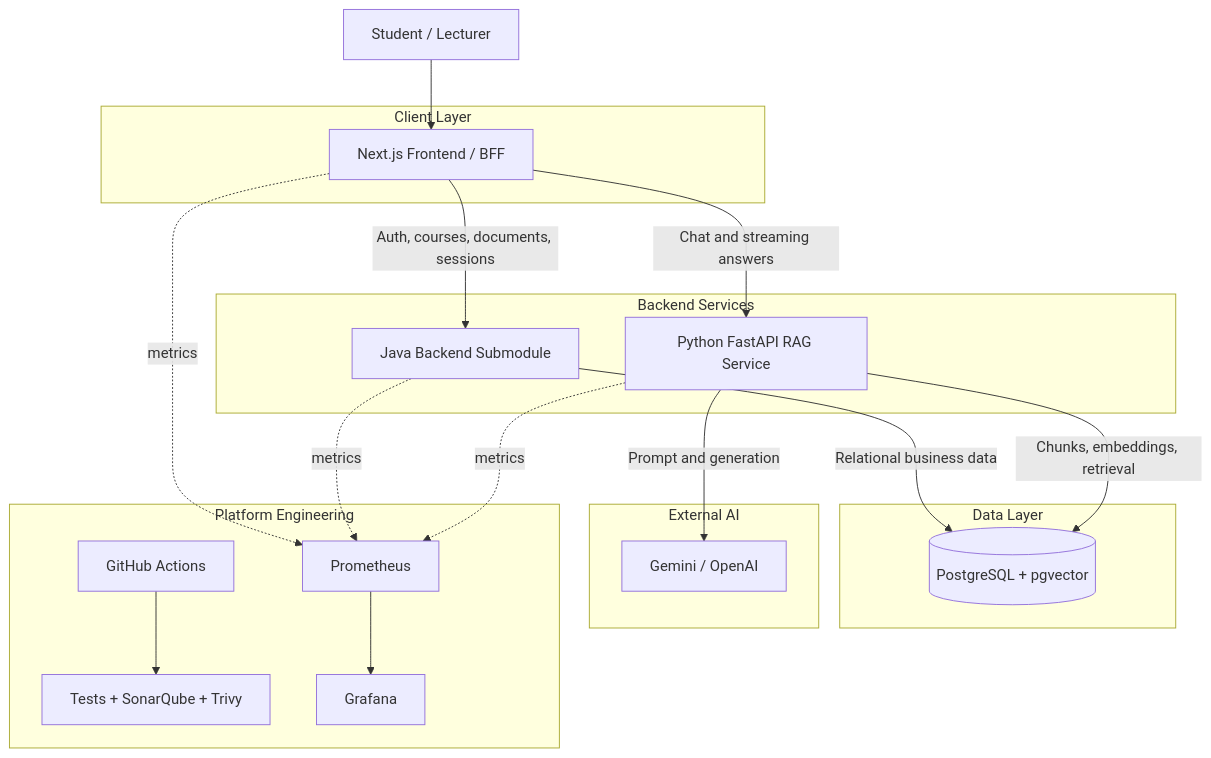
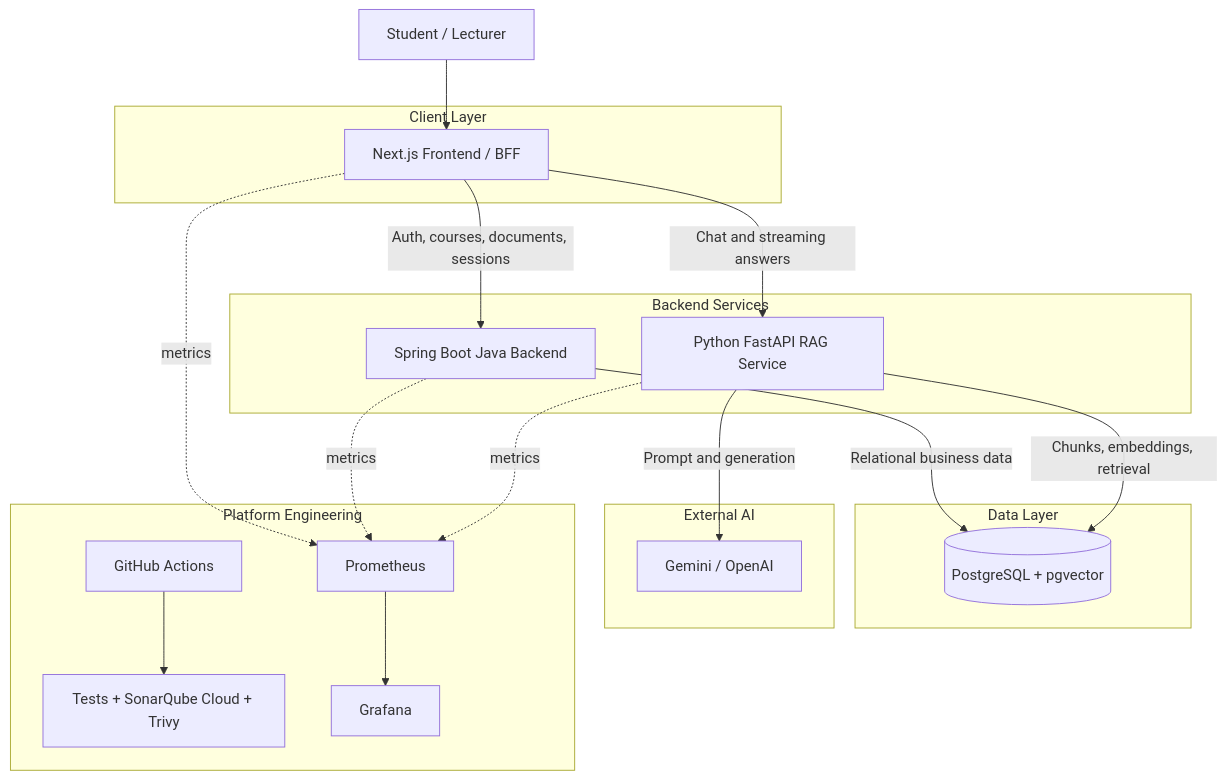
Before and after one commit to NhatNamNQ/SWD392-GROUP6: the second of 6 diagrams in docs/architecture/c4-diagrams.md, drawn with Mermaid. The commit also changed 24 other files, not shown here.

````diff
--- a/docs/architecture/c4-diagrams.md
+++ b/docs/architecture/c4-diagrams.md
@@ -31,40 +31,40 @@
 ```mermaid
 flowchart TD
     User[Student / Lecturer]
 
     subgraph Client["Client Layer"]
         FE[Next.js Frontend / BFF]
     end
 
     subgraph Services["Backend Services"]
-        Java[Java Backend Submodule]
+        Java[Spring Boot Java Backend]
         Python[Python FastAPI RAG Service]
     end
 
     subgraph Data["Data Layer"]
         DB[(PostgreSQL + pgvector)]
     end
 
     subgraph External["External AI"]
         LLM[Gemini / OpenAI]
     end
 
     subgraph PlatformOps["Platform Engineering"]
         GHA[GitHub Actions]
-        Quality[Tests + SonarQube + Trivy]
+        Quality[Tests + SonarQube Cloud + Trivy]
         Prom[Prometheus]
         Grafana[Grafana]
     end
 
     User --> FE
     FE -->|Auth, courses, documents, sessions| Java
     FE -->|Chat and streaming answers| Python
     Java -->|Relational business data| DB
     Python -->|Chunks, embeddings, retrieval| DB
     Python -->|Prompt and generation| LLM
     GHA --> Quality
     FE -. metrics .-> Prom
     Java -. metrics .-> Prom
     Python -. metrics .-> Prom
     Prom --> Grafana
 ```
````
